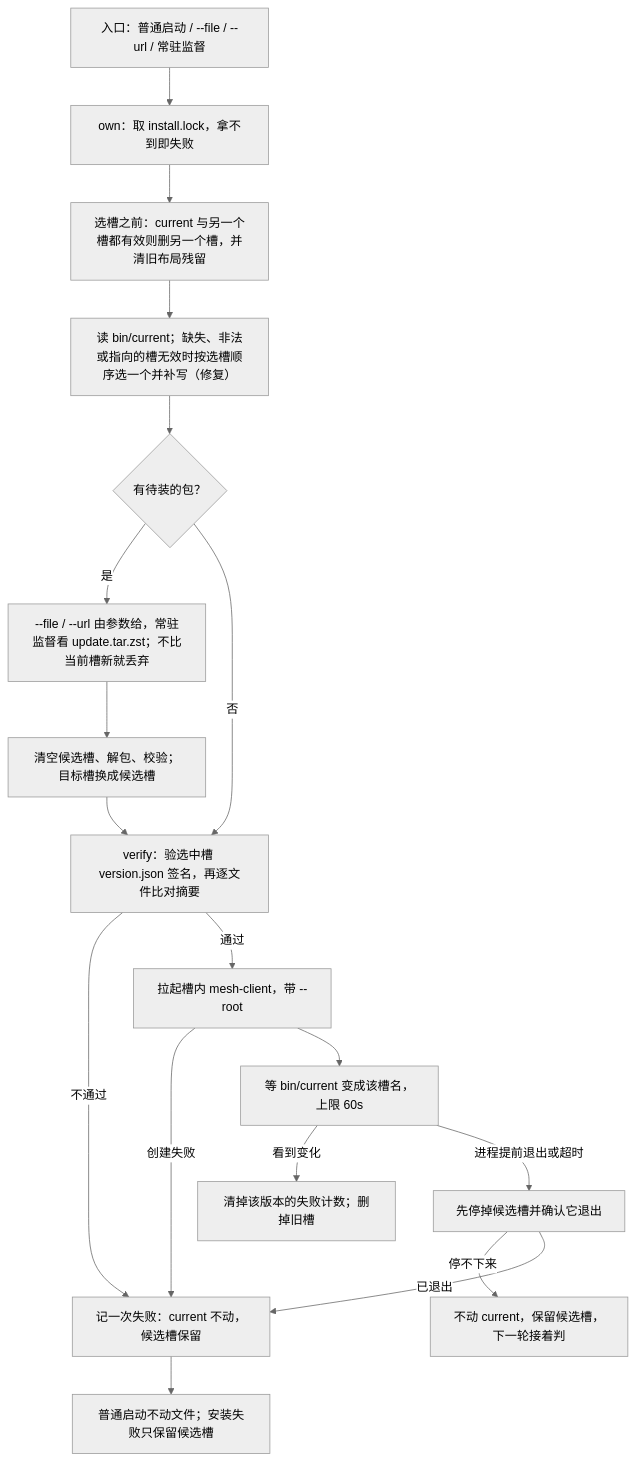
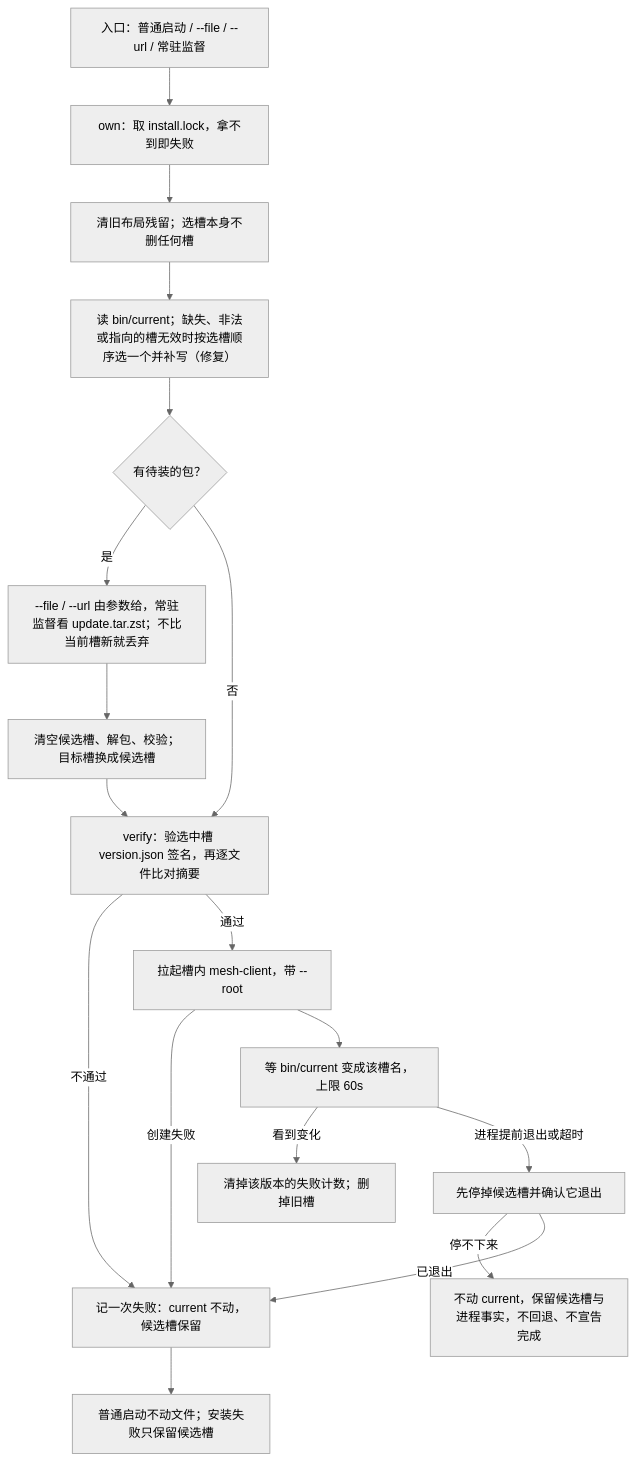
The third of 8 diagrams in docs/states.md (hiromuraki/mesh-client), drawn with Mermaid (neutral theme) before and after one commit. The commit also changed other lines of this file and 15 other files, not shown here.

````diff
--- a/docs/states.md
+++ b/docs/states.md
@@ -104,20 +104,20 @@
 ```mermaid
 flowchart TD
   A["入口：普通启动 / --file / --url / 常驻监督"] --> B["own：取 install.lock，拿不到即失败"]
-  B --> B2["选槽之前：current 与另一个槽都有效则删另一个槽，并清旧布局残留"]
+  B --> B2["清旧布局残留；选槽本身不删任何槽"]
   B2 --> C["读 bin/current；缺失、非法或指向的槽无效时按选槽顺序选一个并补写（修复）"]
   C --> D{"有待装的包？"}
   D -- 是 --> E["--file / --url 由参数给，常驻监督看 update.tar.zst；不比当前槽新就丢弃"]
   D -- 否 --> F["verify：验选中槽 version.json 签名，再逐文件比对摘要"]
   E --> G["清空候选槽、解包、校验；目标槽换成候选槽"]
   G --> F
   F -- 不通过 --> H["记一次失败：current 不动，候选槽保留"]
   F -- 通过 --> I["拉起槽内 mesh-client，带 --root"]
   I -- 创建失败 --> H
   I --> J["等 bin/current 变成该槽名，上限 60s"]
   J -- 看到变化 --> K["清掉该版本的失败计数；删掉旧槽"]
   J -- 进程提前退出或超时 --> L["先停掉候选槽并确认它退出"]
-  L -- 停不下来 --> M["不动 current，保留候选槽，下一轮接着判"]
+  L -- 停不下来 --> M["不动 current，保留候选槽与进程事实，不回退、不宣告完成"]
   L -- 已退出 --> H
   H --> N["普通启动不动文件；安装失败只保留候选槽"]
 ```
````
